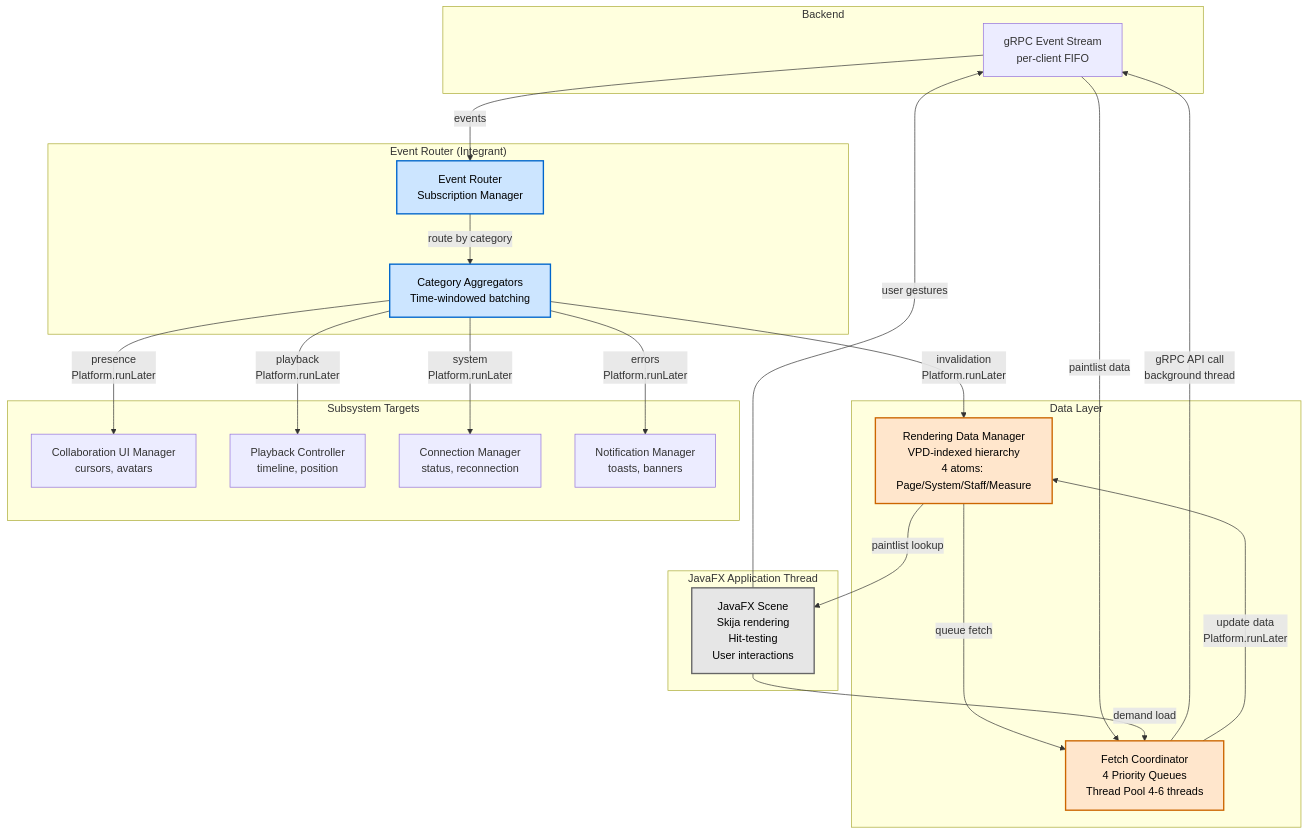
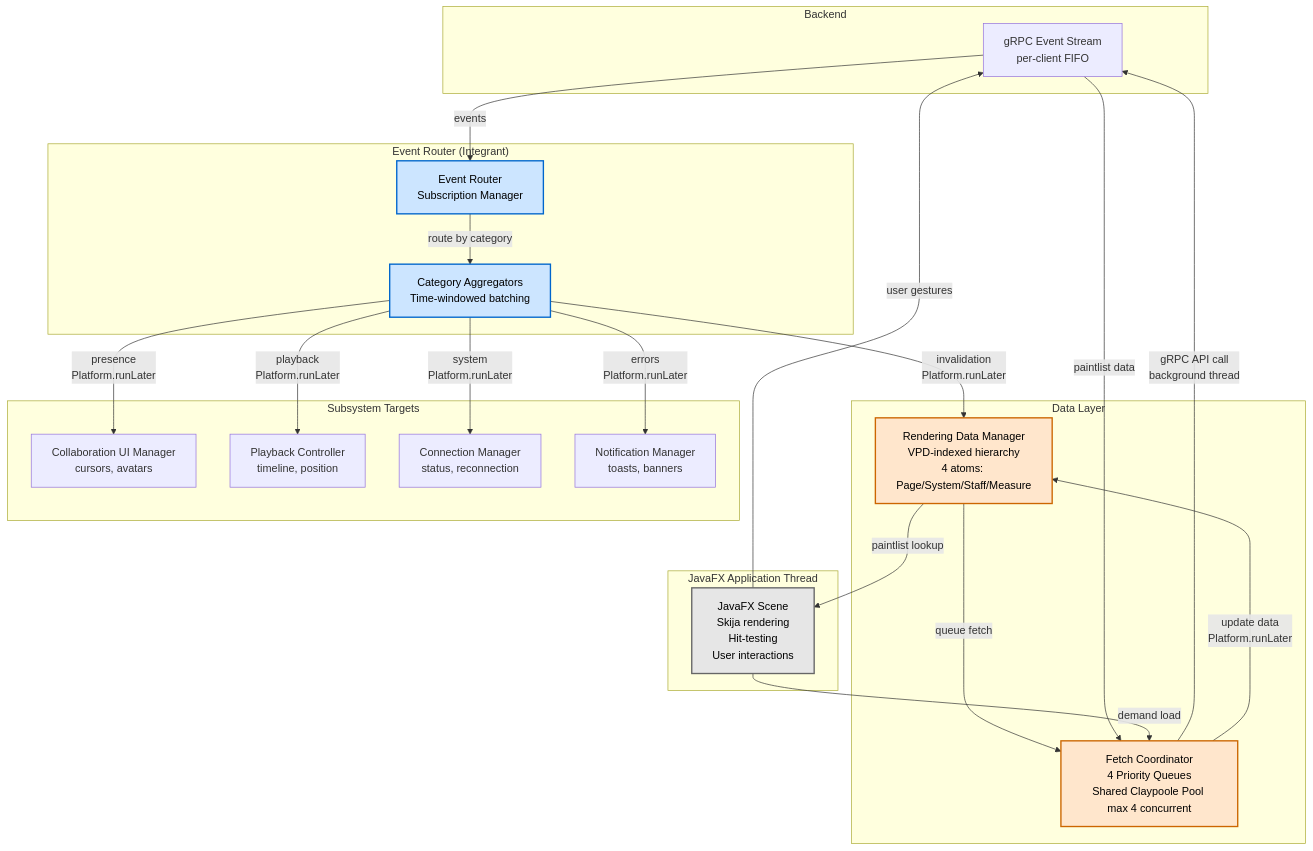
The first of 5 diagrams in ADRs/0031-Frontend-Event-Driven-Architecture.md (PeterBengtson/Ooloi-docs), drawn with Mermaid before and after one commit.

Commit message:
Documentation sync 2026-02-09

````diff
--- a/ADRs/0031-Frontend-Event-Driven-Architecture.md
+++ b/ADRs/0031-Frontend-Event-Driven-Architecture.md
@@ -202,50 +202,50 @@
 ```mermaid
 graph TB
     subgraph Backend
         gRPC[gRPC Event Stream<br/>per-client FIFO]
     end
 
     subgraph "Event Router (Integrant)"
         ER[Event Router<br/>Subscription Manager]
         CA[Category Aggregators<br/>Time-windowed batching]
     end
 
     subgraph "Data Layer"
         RDM[Rendering Data Manager<br/>VPD-indexed hierarchy<br/>4 atoms: Page/System/Staff/Measure]
-        FC[Fetch Coordinator<br/>4 Priority Queues<br/>Thread Pool 4-6 threads]
+        FC[Fetch Coordinator<br/>4 Priority Queues<br/>Shared Claypoole Pool max 4 concurrent]
     end
 
     subgraph "Subsystem Targets"
         COLLAB[Collaboration UI Manager<br/>cursors, avatars]
         PLAYBACK[Playback Controller<br/>timeline, position]
         CONN[Connection Manager<br/>status, reconnection]
         NOTIFY[Notification Manager<br/>toasts, banners]
     end
 
     subgraph "JavaFX Application Thread"
         SCENE[JavaFX Scene<br/>Skija rendering<br/>Hit-testing<br/>User interactions]
     end
 
     gRPC -->|events| ER
     ER -->|route by category| CA
     CA -->|invalidation<br/>Platform.runLater| RDM
     CA -->|presence<br/>Platform.runLater| COLLAB
     CA -->|playback<br/>Platform.runLater| PLAYBACK
     CA -->|system<br/>Platform.runLater| CONN
     CA -->|errors<br/>Platform.runLater| NOTIFY
 
     RDM -->|queue fetch| FC
     FC -->|gRPC API call<br/>background thread| gRPC
     gRPC -->|paintlist data| FC
     FC -->|update data<br/>Platform.runLater| RDM
 
     RDM -->|paintlist lookup| SCENE
     SCENE -->|demand load| FC
     SCENE -->|user gestures| gRPC
 
     style ER fill:#cce5ff,stroke:#0066cc,stroke-width:2px,color:#000
     style CA fill:#cce5ff,stroke:#0066cc,stroke-width:2px,color:#000
     style RDM fill:#ffe6cc,stroke:#cc6600,stroke-width:2px,color:#000
     style FC fill:#ffe6cc,stroke:#cc6600,stroke-width:2px,color:#000
     style SCENE fill:#e6e6e6,stroke:#666,stroke-width:2px,color:#000
 ```
````
